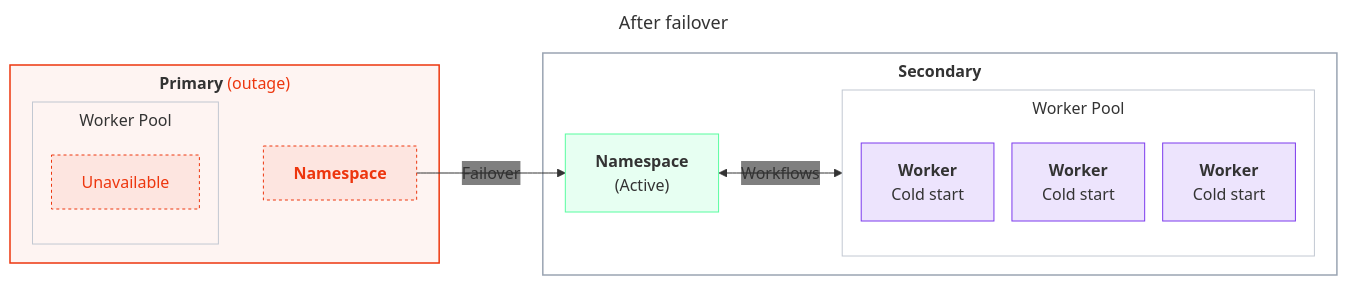
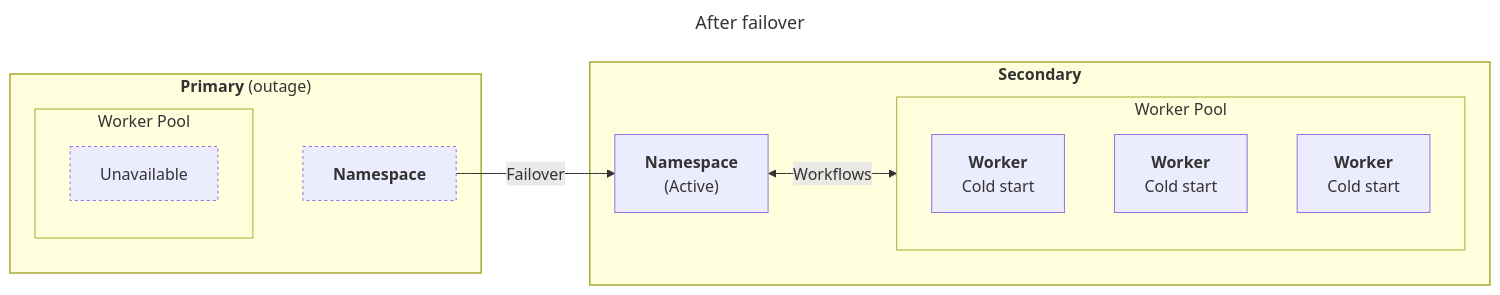
Before and after one commit to temporalio/documentation: the sixth of 15 diagrams in docs/cloud/high-availability/architecture-patterns.mdx, drawn with Mermaid. The commit also changed other lines of this file and 15 other files, not shown here.

First line of the commit message:
Refactor Mermaid diagrams for improved clarity and consistency across documentation

````diff
--- a/docs/cloud/high-availability/architecture-patterns.mdx
+++ b/docs/cloud/high-availability/architecture-patterns.mdx
@@ -245,33 +230,32 @@
 ```mermaid
 ---
 title: After failover
 ---
-%%{init: {'themeVariables':{'fontFamily':'Inter, ui-sans-serif, system-ui, sans-serif','edgeLabelBackground':'transparent'},'flowchart':{'nodeSpacing':18,'rankSpacing':45,'curve':'basis','subGraphTitleMargin':{'top':6,'bottom':12}}}}%%
 flowchart LR
-    classDef worker fill:#7C3AED22,stroke:#7C3AED,stroke-width:1px;
-    classDef ns fill:#59FDA024,stroke:#59FDA0,stroke-width:1px;
-    classDef down fill:#ED360E14,stroke:#ED360E,stroke-width:1px,stroke-dasharray:3 3,color:#ED360E;
-    classDef region fill:transparent,stroke:#9aa4b2,stroke-width:1.5px;
-    classDef regiondown fill:#ED360E0D,stroke:#ED360E,stroke-width:1.5px;
-    classDef pool fill:transparent,stroke:#c2c8d2,stroke-width:1px;
-    subgraph FPRIM["<b>Primary</b> <span style='color:#ED360E'>(outage)</span>"]
+    classDef worker stroke-width:1px;
+    classDef ns stroke-width:1px;
+    classDef down stroke-width:1px,stroke-dasharray:3 3;
+    classDef region stroke-width:1.5px;
+    classDef regiondown stroke-width:1.5px;
+    classDef pool stroke-width:1px;
+    subgraph FPRIM["<b>Primary</b> <span class='dp-outage-text'>(outage)</span>"]
       subgraph FPP["Worker Pool"]
         FPW1["Unavailable"]:::down
       end
       FPN["<b>Namespace</b>"]:::down
       FPP ~~~ FPN
     end
     subgraph FSEC["<b>Secondary</b>"]
       FSN["<b>Namespace</b><br>(Active)"]:::ns
       subgraph FSP["Worker Pool"]
         FSW1["<b>Worker</b><br/>Cold start"]:::worker
         FSW2["<b>Worker</b><br/>Cold start"]:::worker
         FSW3["<b>Worker</b><br/>Cold start"]:::worker
       end
       FSN <-->|Workflows| FSP
     end
     FPN -->|"Failover"| FSN
     class FPRIM regiondown
     class FSEC region
     class FPP,FSP pool
 ```
````
